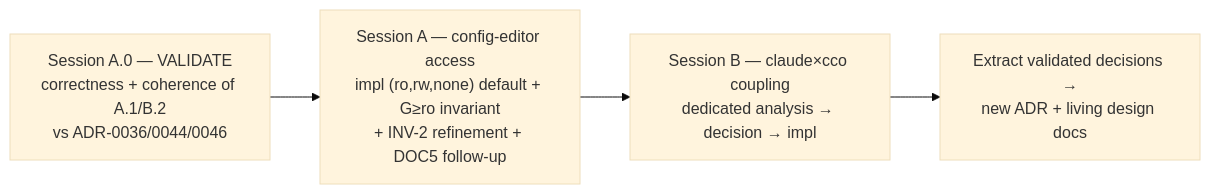
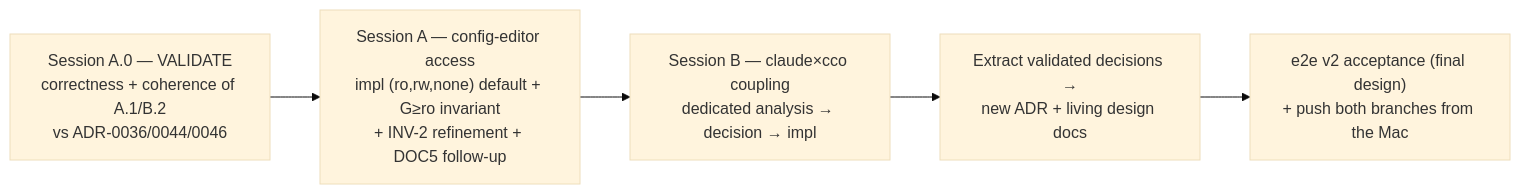
The second of 2 diagrams in docs/maintainers/configuration/agent-cco-access/access-refinements/handoff.md (alergyonthestage/claude-orchestrator), drawn with Mermaid (base theme) before and after one commit. The commit also changed other lines of this file and 1 other file, not shown here.

First line of the commit message:
docs(access): sequence e2e v2 after the access-model refinements

````diff
--- a/docs/maintainers/configuration/agent-cco-access/access-refinements/handoff.md
+++ b/docs/maintainers/configuration/agent-cco-access/access-refinements/handoff.md
@@ -170,6 +176,7 @@
 ```mermaid
 flowchart LR
   V["Session A.0 — VALIDATE<br/>correctness + coherence of A.1/B.2<br/>vs ADR-0036/0044/0046"] --> A["Session A — config-editor access<br/>impl (ro,rw,none) default + G≥ro invariant<br/>+ INV-2 refinement + DOC5 follow-up"]
   A --> B["Session B — claude×cco coupling<br/>dedicated analysis → decision → impl"]
   B --> ADR["Extract validated decisions →<br/>new ADR + living design docs"]
+  ADR --> E2E["e2e v2 acceptance (final design)<br/>+ push both branches from the Mac"]
 ```
````
